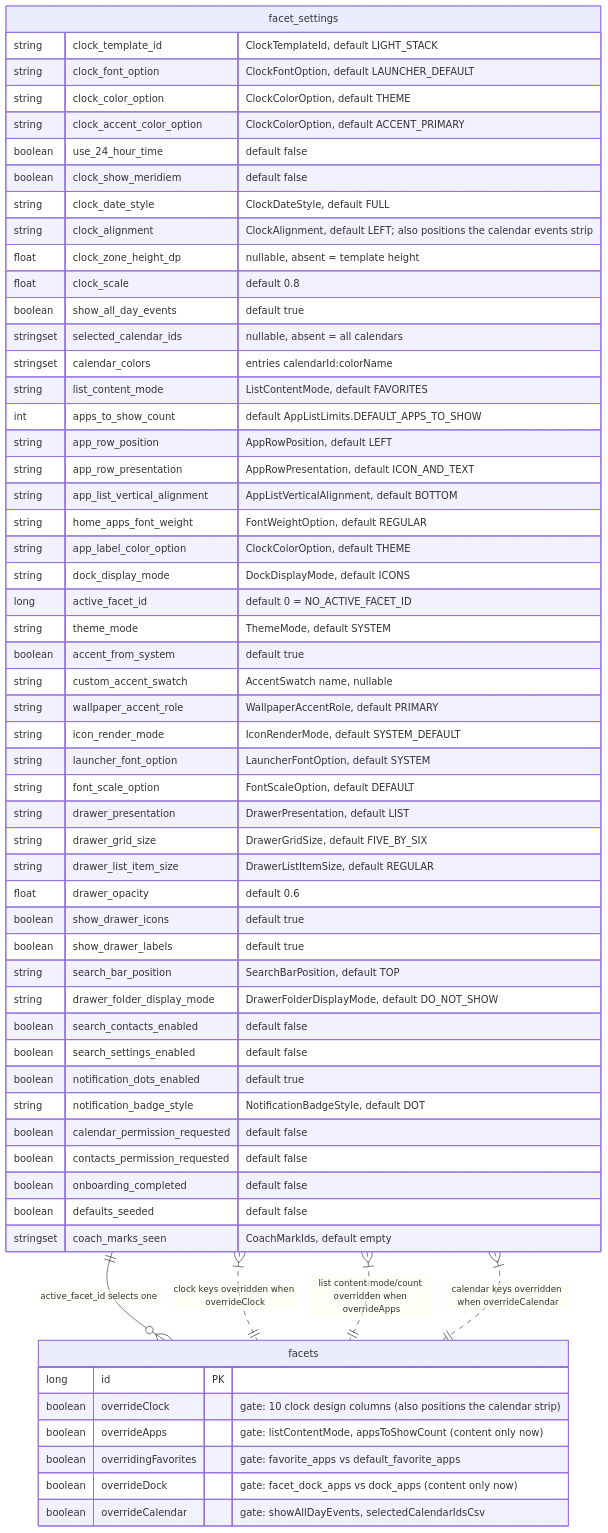
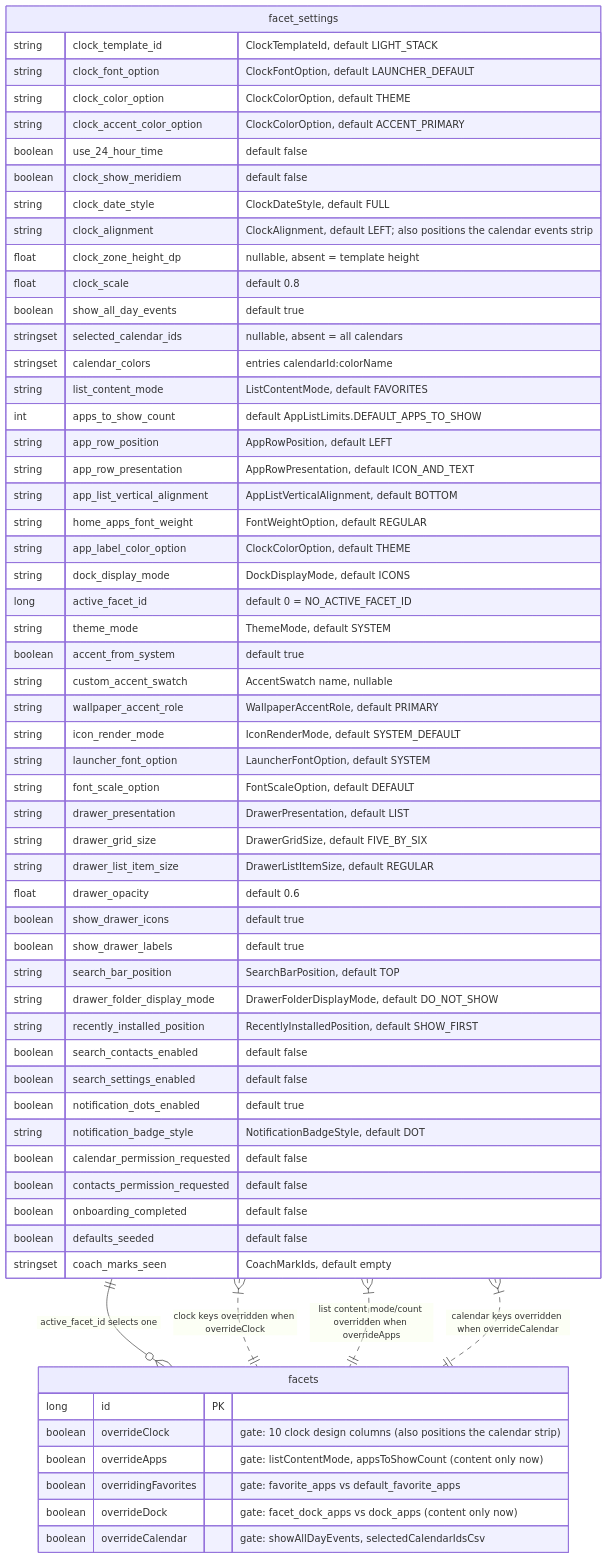
Before and after one commit to rohitganjam/facet-launcher: the third of 3 diagrams in docs/architecture/02-persistence-room.md, drawn with Mermaid. The commit also changed other lines of this file and 32 other files, not shown here.

First line of the commit message:
Add "Recently installed" category to App Drawer and Private Space

````diff
--- a/docs/architecture/02-persistence-room.md
+++ b/docs/architecture/02-persistence-room.md
@@ -359,65 +359,66 @@
 ```mermaid
 erDiagram
     facet_settings {
         string clock_template_id "ClockTemplateId, default LIGHT_STACK"
         string clock_font_option "ClockFontOption, default LAUNCHER_DEFAULT"
         string clock_color_option "ClockColorOption, default THEME"
         string clock_accent_color_option "ClockColorOption, default ACCENT_PRIMARY"
         boolean use_24_hour_time "default false"
         boolean clock_show_meridiem "default false"
         string clock_date_style "ClockDateStyle, default FULL"
         string clock_alignment "ClockAlignment, default LEFT; also positions the calendar events strip"
         float clock_zone_height_dp "nullable, absent = template height"
         float clock_scale "default 0.8"
         boolean show_all_day_events "default true"
         stringset selected_calendar_ids "nullable, absent = all calendars"
         stringset calendar_colors "entries calendarId:colorName"
         string list_content_mode "ListContentMode, default FAVORITES"
         int apps_to_show_count "default AppListLimits.DEFAULT_APPS_TO_SHOW"
         string app_row_position "AppRowPosition, default LEFT"
         string app_row_presentation "AppRowPresentation, default ICON_AND_TEXT"
         string app_list_vertical_alignment "AppListVerticalAlignment, default BOTTOM"
         string home_apps_font_weight "FontWeightOption, default REGULAR"
         string app_label_color_option "ClockColorOption, default THEME"
         string dock_display_mode "DockDisplayMode, default ICONS"
         long active_facet_id "default 0 = NO_ACTIVE_FACET_ID"
         string theme_mode "ThemeMode, default SYSTEM"
         boolean accent_from_system "default true"
         string custom_accent_swatch "AccentSwatch name, nullable"
         string wallpaper_accent_role "WallpaperAccentRole, default PRIMARY"
         string icon_render_mode "IconRenderMode, default SYSTEM_DEFAULT"
         string launcher_font_option "LauncherFontOption, default SYSTEM"
         string font_scale_option "FontScaleOption, default DEFAULT"
         string drawer_presentation "DrawerPresentation, default LIST"
         string drawer_grid_size "DrawerGridSize, default FIVE_BY_SIX"
         string drawer_list_item_size "DrawerListItemSize, default REGULAR"
         float drawer_opacity "default 0.6"
         boolean show_drawer_icons "default true"
         boolean show_drawer_labels "default true"
         string search_bar_position "SearchBarPosition, default TOP"
         string drawer_folder_display_mode "DrawerFolderDisplayMode, default DO_NOT_SHOW"
+        string recently_installed_position "RecentlyInstalledPosition, default SHOW_FIRST"
         boolean search_contacts_enabled "default false"
         boolean search_settings_enabled "default false"
         boolean notification_dots_enabled "default true"
         string notification_badge_style "NotificationBadgeStyle, default DOT"
         boolean calendar_permission_requested "default false"
         boolean contacts_permission_requested "default false"
         boolean onboarding_completed "default false"
         boolean defaults_seeded "default false"
         stringset coach_marks_seen "CoachMarkIds, default empty"
     }
 
     facets {
         long id PK
         boolean overrideClock "gate: 10 clock design columns (also positions the calendar strip)"
         boolean overrideApps "gate: listContentMode, appsToShowCount (content only now)"
         boolean overridingFavorites "gate: favorite_apps vs default_favorite_apps"
         boolean overrideDock "gate: facet_dock_apps vs dock_apps (content only now)"
         boolean overrideCalendar "gate: showAllDayEvents, selectedCalendarIdsCsv"
     }
 
     facet_settings ||--o{ facets : "active_facet_id selects one"
     facet_settings }|..|| facets : "clock keys overridden when overrideClock"
     facet_settings }|..|| facets : "list content mode/count overridden when overrideApps"
     facet_settings }|..|| facets : "calendar keys overridden when overrideCalendar"
 ```
````
